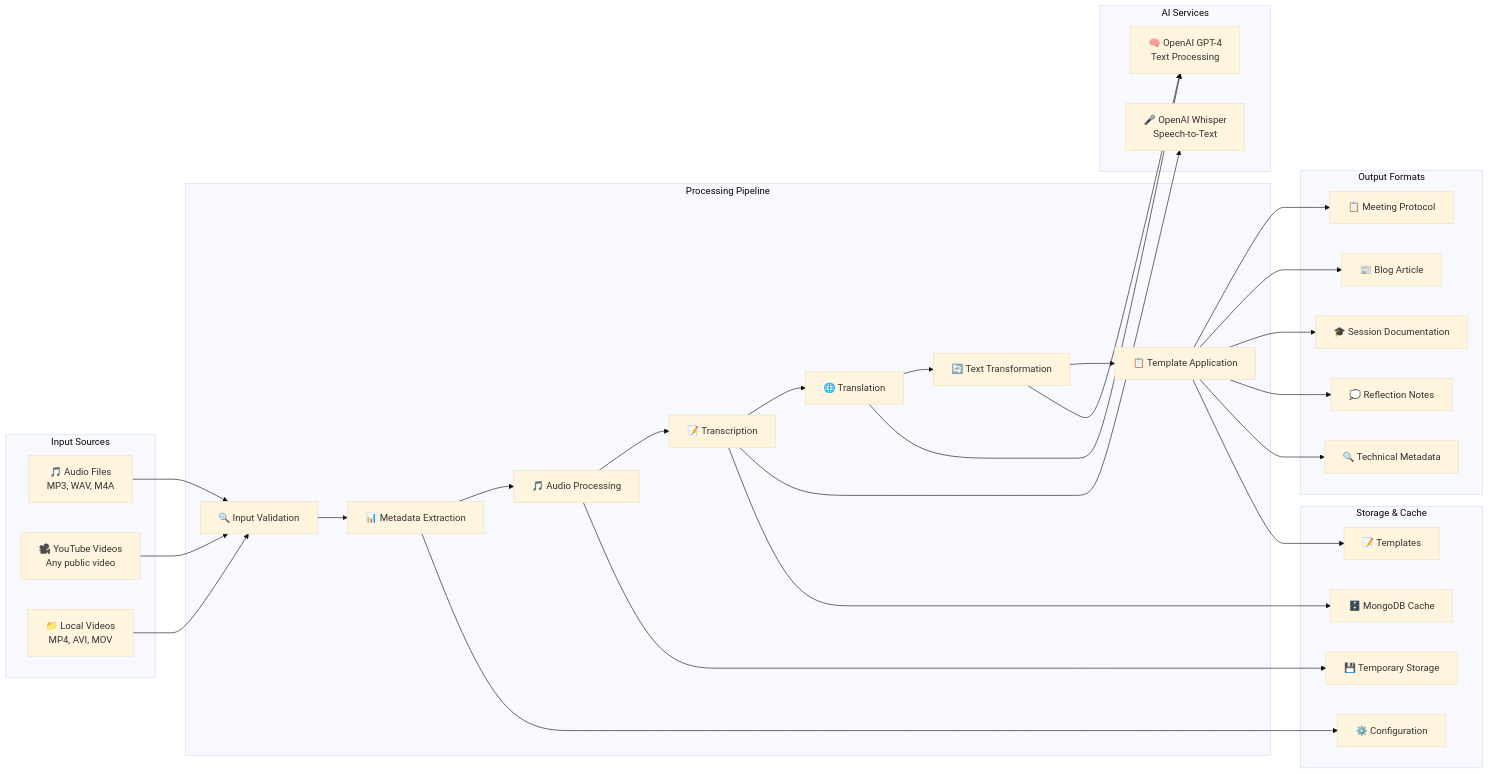
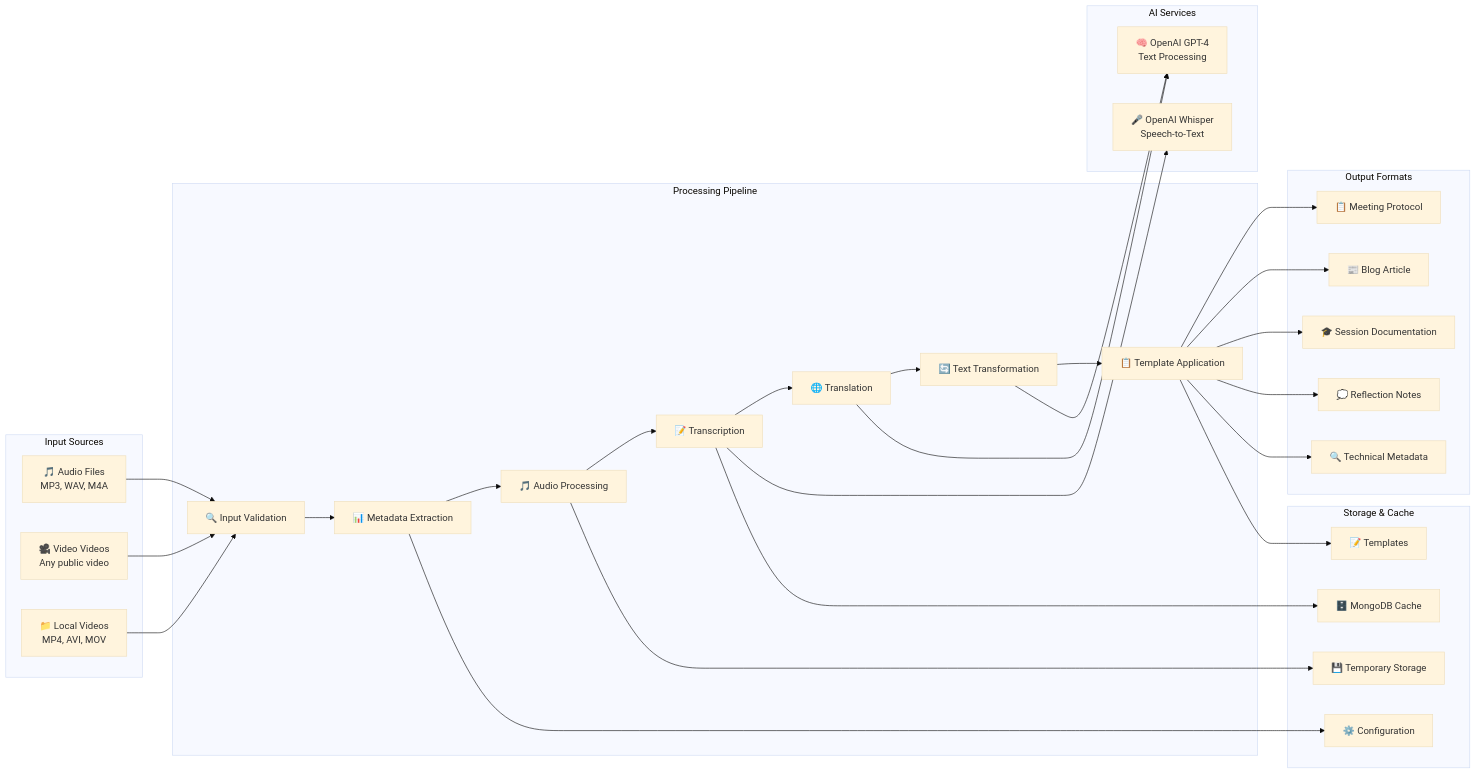
Before and after one commit to bCommonsLAB/CommonSecretaryServices: the seventh of 7 diagrams in docs/powerpoint/Secretary_Services_Präsentation.md, drawn with Mermaid (base theme). The commit also changed other lines of this file and 1 other file, not shown here.

````diff
--- a/docs/powerpoint/Secretary_Services_Präsentation.md
+++ b/docs/powerpoint/Secretary_Services_Präsentation.md
@@ -358,69 +358,69 @@
 ```mermaid
 graph LR
     subgraph "Input Sources"
         A["🎵 Audio Files<br/>MP3, WAV, M4A"]
-        B["🎥 YouTube Videos<br/>Any public video"]
+        B["🎥 Video Videos<br/>Any public video"]
         C["📁 Local Videos<br/>MP4, AVI, MOV"]
     end
     
     subgraph "Processing Pipeline"
         D["🔍 Input Validation"]
         E["📊 Metadata Extraction"]
         F["🎵 Audio Processing"]
         G["📝 Transcription"]
         H["🌐 Translation"]
         I["🔄 Text Transformation"]
         J["📋 Template Application"]
     end
     
     subgraph "AI Services"
         K["🎤 OpenAI Whisper<br/>Speech-to-Text"]
         L["🧠 OpenAI GPT-4<br/>Text Processing"]
     end
     
     subgraph "Output Formats"
         M["📋 Meeting Protocol"]
         N["📰 Blog Article"]
         O["🎓 Session Documentation"]
         P["💭 Reflection Notes"]
         Q["🔍 Technical Metadata"]
     end
     
     subgraph "Storage & Cache"
         R["💾 Temporary Storage"]
         S["🗄️ MongoDB Cache"]
         T["⚙️ Configuration"]
         U["📝 Templates"]
     end
     
     %% Input flow
     A --> D
     B --> D
     C --> D
     
     %% Processing pipeline
     D --> E
     E --> F
     F --> G
     G --> H
     H --> I
     I --> J
     
     %% AI integration
     G --> K
     H --> L
     I --> L
     
     %% Output generation
     J --> M
     J --> N
     J --> O
     J --> P
     J --> Q
     
     %% Storage interactions
     F --> R
     G --> S
     E --> T
     J --> U
 ```
````
